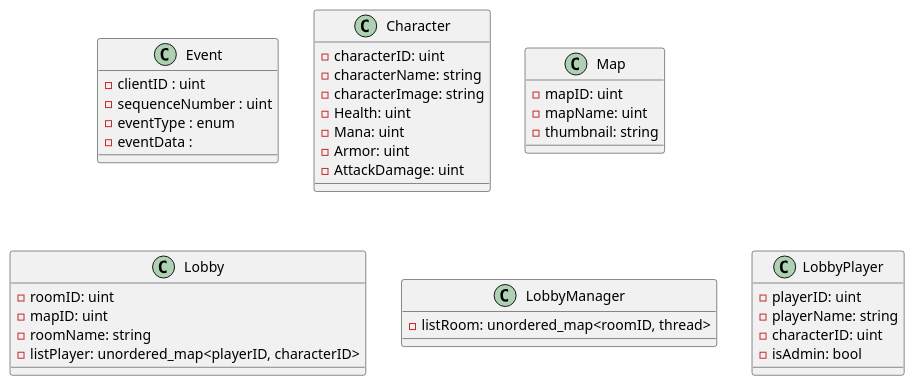
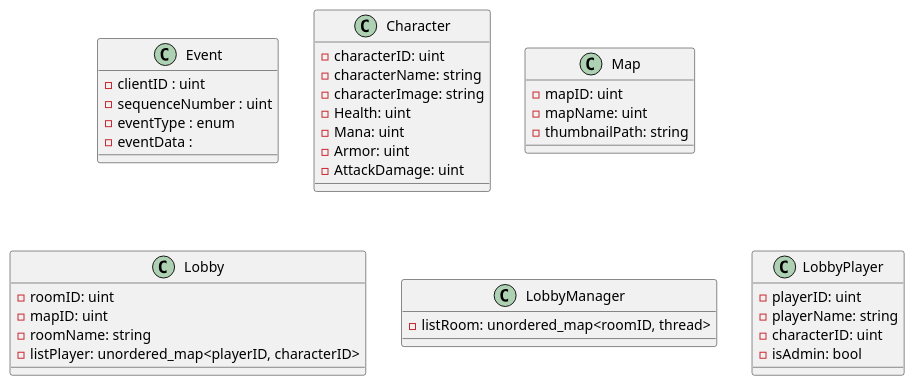
One commit to BaThong0/SpiritWarrior changed the diagram in docs/ClassDiagram/LobbyClass.plantuml. Above: the diagram before and after it, drawn with PlantUML. The commit also changed 19 other files, not shown here.

Commit message:
Add Graphics folder, UI folder, UI/DiaLogs and UI/Widgets, Create Button, Icon and CharacterSelectorDilog for reuse

```diff
--- a/docs/ClassDiagram/LobbyClass.plantuml
+++ b/docs/ClassDiagram/LobbyClass.plantuml
@@ -1,48 +1,48 @@
 @startuml
 
 class Event {
     - clientID : uint
     - sequenceNumber : uint
     - eventType : enum 
     - eventData : 
 }
 
 class Character
 {
     - characterID: uint
     - characterName: string
     - characterImage: string 
     - Health: uint 
     - Mana: uint
     - Armor: uint 
     - AttackDamage: uint
 }
 
 class Map
 {
     - mapID: uint
     - mapName: uint
-    - thumbnail: string 
+    - thumbnailPath: string 
 }
 class Lobby
 {
     - roomID: uint
     - mapID: uint
     - roomName: string
     - listPlayer: unordered_map<playerID, characterID>
 }
 
 class LobbyManager
 {
     - listRoom: unordered_map<roomID, thread>
 }
 
 class LobbyPlayer
 {
     - playerID: uint
     - playerName: string
     - characterID: uint
     - isAdmin: bool
 }
 
 @enduml
```
